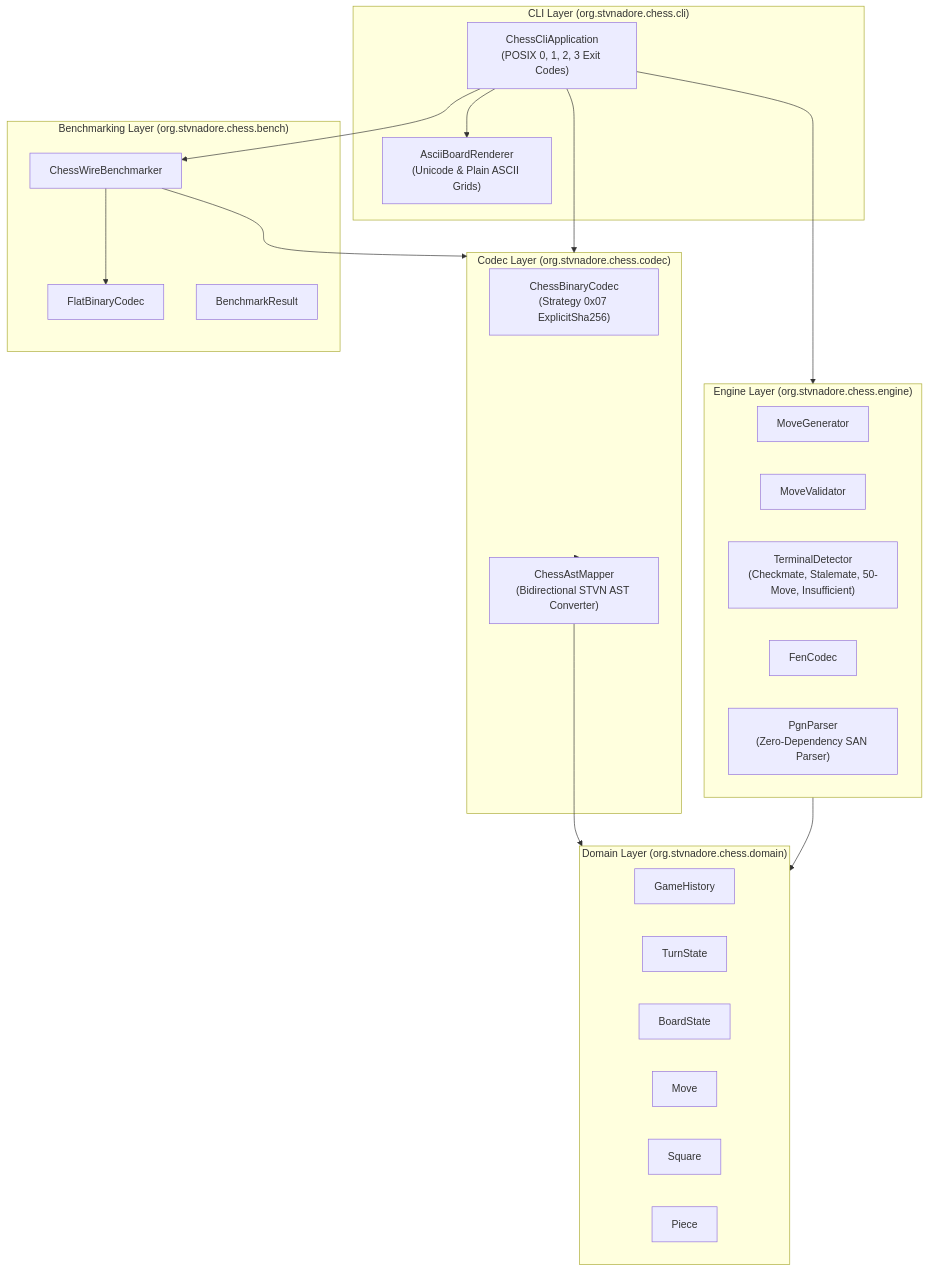
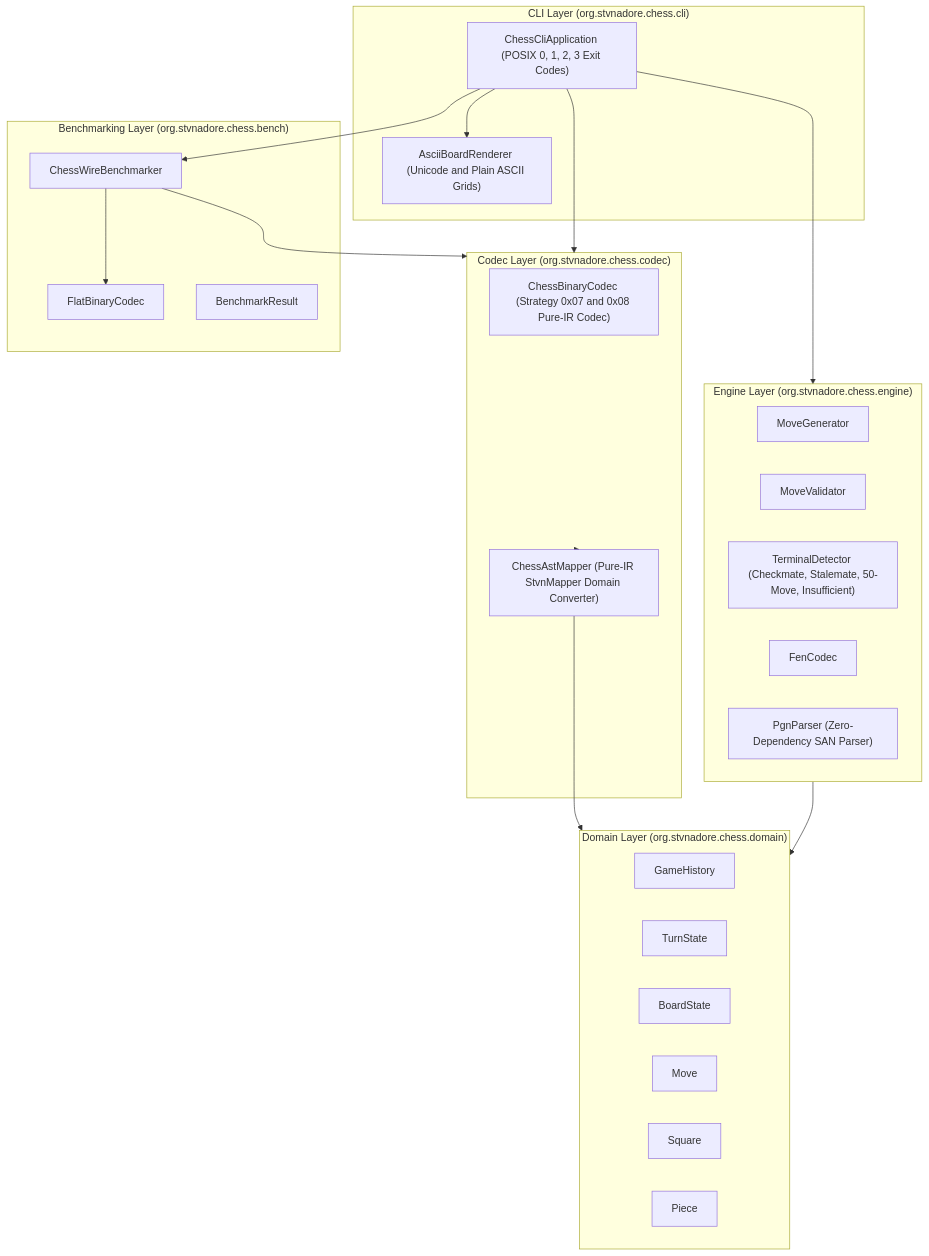
One commit to chaotic3quilibrium/stvnadore-app-showcase-chess changed the diagram in README.md. Above: the diagram before and after it, drawn with Mermaid. The commit also changed other lines of this file and 20 other files, not shown here.

````diff
--- a/README.md
+++ b/README.md
@@ -58,45 +53,45 @@
 ```mermaid
 flowchart TD
-    subgraph CLI ["CLI Layer (org.stvnadore.chess.cli)"]
-        CliApp["ChessCliApplication\n(POSIX 0, 1, 2, 3 Exit Codes)"]
-        Renderer["AsciiBoardRenderer\n(Unicode & Plain ASCII Grids)"]
+    subgraph CLI["CLI Layer (org.stvnadore.chess.cli)"]
+        CliApp["ChessCliApplication (POSIX 0, 1, 2, 3 Exit Codes)"]
+        Renderer["AsciiBoardRenderer (Unicode and Plain ASCII Grids)"]
     end
 
-    subgraph Engine ["Engine Layer (org.stvnadore.chess.engine)"]
+    subgraph Engine["Engine Layer (org.stvnadore.chess.engine)"]
         MGen["MoveGenerator"]
         MVal["MoveValidator"]
-        TDet["TerminalDetector\n(Checkmate, Stalemate, 50-Move, Insufficient)"]
+        TDet["TerminalDetector (Checkmate, Stalemate, 50-Move, Insufficient)"]
         Fen["FenCodec"]
-        Pgn["PgnParser\n(Zero-Dependency SAN Parser)"]
+        Pgn["PgnParser (Zero-Dependency SAN Parser)"]
     end
 
-    subgraph Codec ["Codec Layer (org.stvnadore.chess.codec)"]
-        BinCodec["ChessBinaryCodec\n(Strategy 0x07 ExplicitSha256)"]
-        AstMapper["ChessAstMapper\n(Bidirectional STVN AST Converter)"]
+    subgraph Codec["Codec Layer (org.stvnadore.chess.codec)"]
+        BinCodec["ChessBinaryCodec (Strategy 0x07 and 0x08 Pure-IR Codec)"]
+        AstMapper["ChessAstMapper (Pure-IR StvnMapper Domain Converter)"]
     end
 
-    subgraph Domain ["Domain Layer (org.stvnadore.chess.domain)"]
+    subgraph Domain["Domain Layer (org.stvnadore.chess.domain)"]
         GH["GameHistory"]
         TS["TurnState"]
         BS["BoardState"]
         MV["Move"]
         SQ["Square"]
         PC["Piece"]
     end
 
-    subgraph Bench ["Benchmarking Layer (org.stvnadore.chess.bench)"]
+    subgraph Bench["Benchmarking Layer (org.stvnadore.chess.bench)"]
         Benchmarker["ChessWireBenchmarker"]
         FlatCodec["FlatBinaryCodec"]
         BenchRes["BenchmarkResult"]
     end
 
     CliApp --> Codec
     CliApp --> Engine
     CliApp --> Renderer
     CliApp --> Benchmarker
     Codec --> AstMapper
     AstMapper --> Domain
     Engine --> Domain
     Benchmarker --> Codec
     Benchmarker --> FlatCodec
 ```
````
